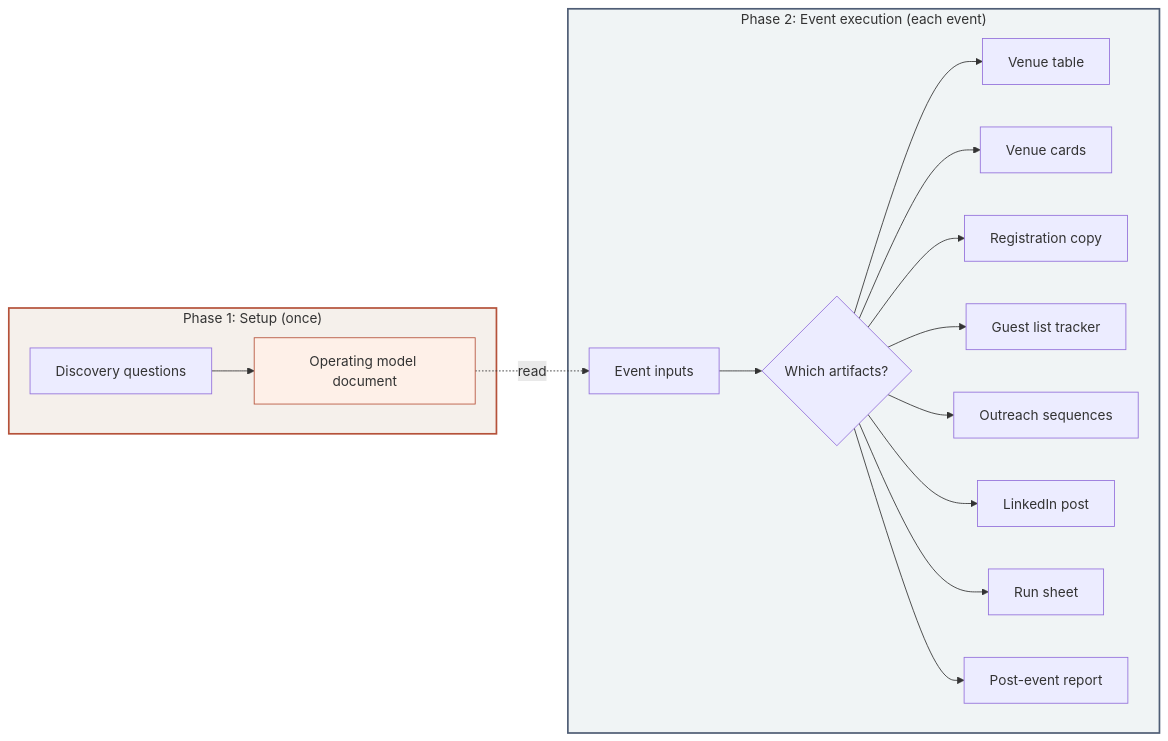
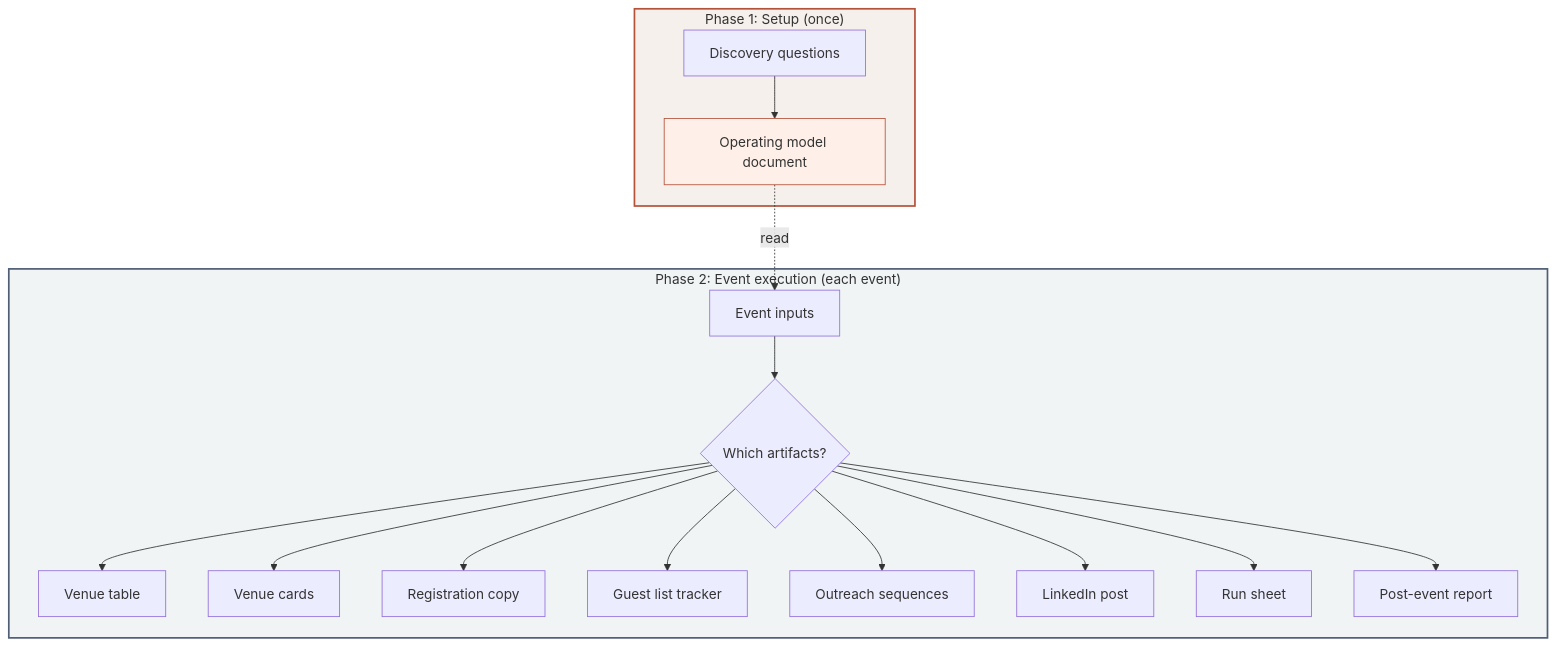
One commit to arnons1/great-event-planning-skill changed the first of 3 diagrams in README.md. Above: the diagram before and after it, drawn with Mermaid. The commit also changed other lines of this file, not shown here.

````diff
--- a/README.md
+++ b/README.md
@@ -52,23 +52,23 @@
 ```mermaid
-flowchart LR
+flowchart TD
     subgraph Setup["Phase 1: Setup (once)"]
         D[Discovery questions] --> OM[Operating model document]
     end
 
     subgraph Execution["Phase 2: Event execution (each event)"]
         OM -.->|read| I[Event inputs]
         I --> A{Which artifacts?}
         A --> V[Venue table]
         A --> VC[Venue cards]
         A --> R[Registration copy]
         A --> G[Guest list tracker]
         A --> O[Outreach sequences]
         A --> L[LinkedIn post]
         A --> RS[Run sheet]
         A --> PR[Post-event report]
     end
 
     style Setup fill:#f5f0eb,stroke:#b5523a,stroke-width:2px
     style Execution fill:#f0f4f5,stroke:#4f5d75,stroke-width:2px
     style OM fill:#fef0e8,stroke:#b5523a
 ```
````
